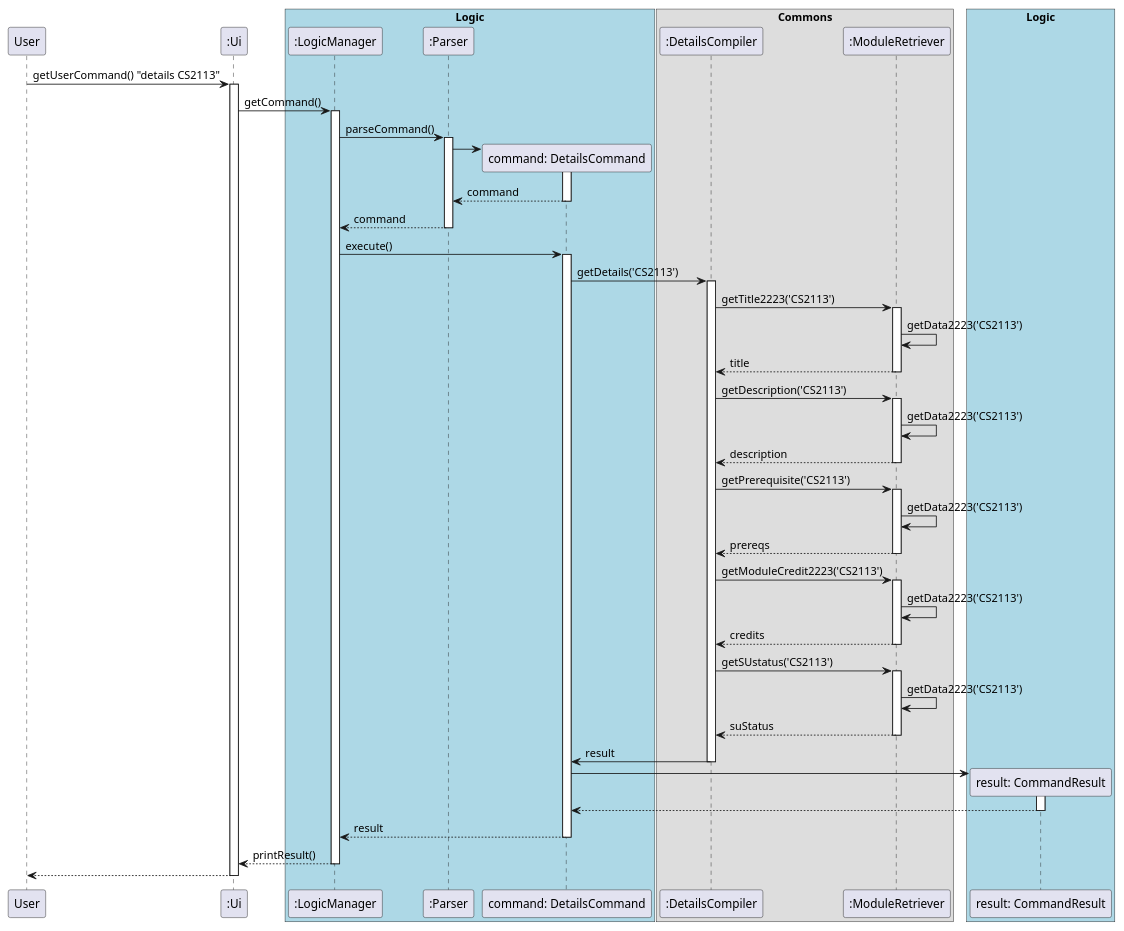
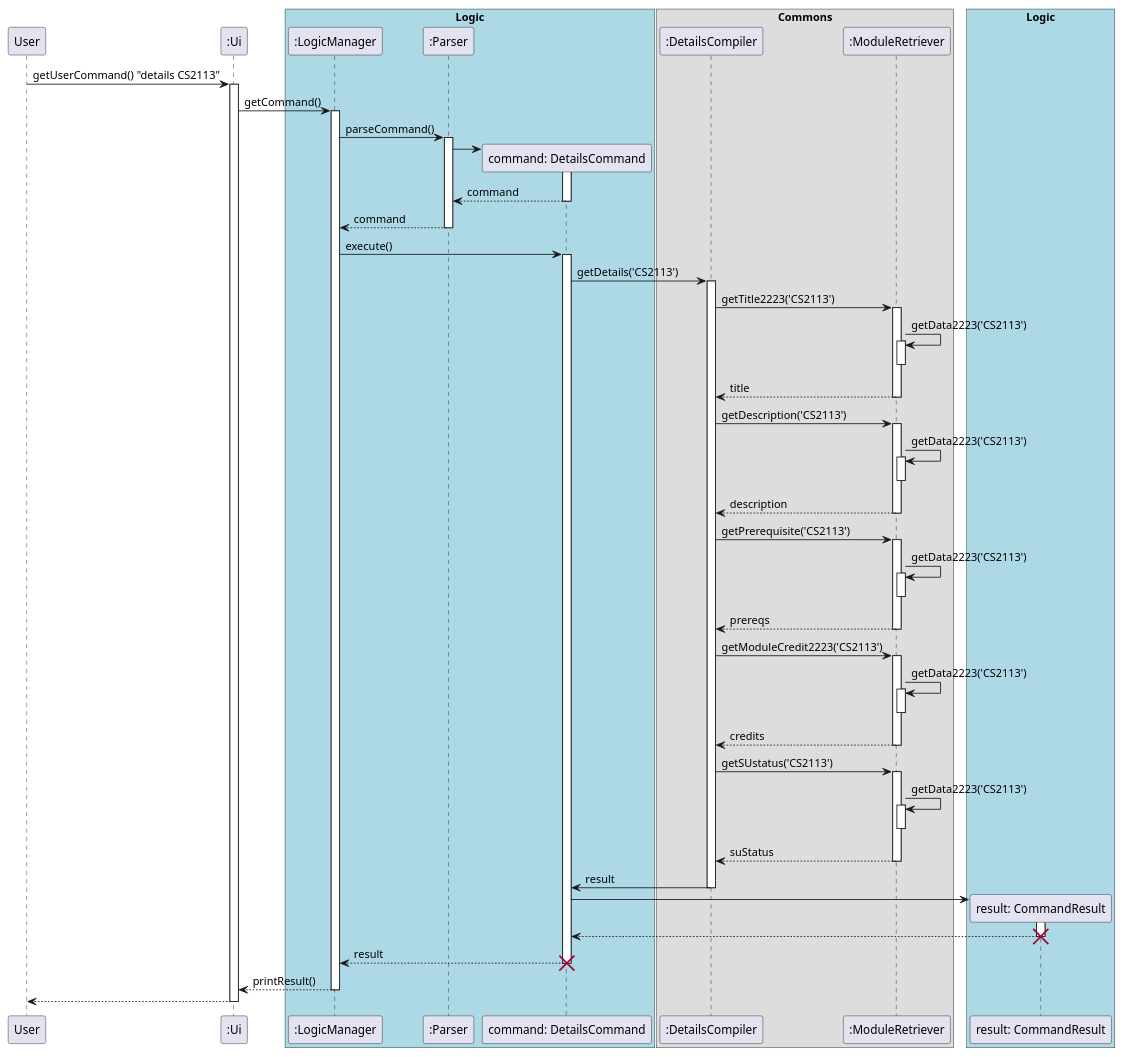
Before and after one commit to sriram-senthilkr/tp: the diagram in docs/uml/sourcecode/DetailsSequence.puml, drawn with PlantUML. The commit also changed 1 other file, not shown here.

```diff
--- a/docs/uml/sourcecode/DetailsSequence.puml
+++ b/docs/uml/sourcecode/DetailsSequence.puml
@@ -1,102 +1,115 @@
 @startuml
 participant User
 participant ":Ui" as Ui
 
 box "Logic" #LightBlue
 participant ":LogicManager" as LogicManager
 participant ":Parser" as Parser
 participant "command: DetailsCommand" as DetailsCommand
 box "Commons"
 participant ":DetailsCompiler" as DetailsCompiler
 participant ":ModuleRetriever" as ModuleRetriever
 end box
 participant "result: CommandResult" as CommandResult
 end box
 
 box "Model" #LightPink
 
 end box
 
 
 User -> Ui: getUserCommand() "details CS2113"
 activate Ui
 
 Ui -> LogicManager: getCommand()
 activate LogicManager
 
 LogicManager -> Parser: parseCommand()
 activate Parser
 
 create DetailsCommand
 Parser -> DetailsCommand
 activate DetailsCommand
 
 DetailsCommand --> Parser: command
 deactivate DetailsCommand
 
 Parser --> LogicManager: command
 deactivate Parser
 
 
 LogicManager -> DetailsCommand: execute()
 activate DetailsCommand
 
 
 
 
 
 
 DetailsCommand -> DetailsCompiler: getDetails('CS2113')
 activate DetailsCompiler
 
 DetailsCompiler -> ModuleRetriever: getTitle2223('CS2113')
 activate ModuleRetriever
 ModuleRetriever -> ModuleRetriever: getData2223('CS2113')
+activate ModuleRetriever
+deactivate ModuleRetriever
 ModuleRetriever --> DetailsCompiler: title
 deactivate ModuleRetriever
 
 DetailsCompiler -> ModuleRetriever: getDescription('CS2113')
 activate ModuleRetriever
 ModuleRetriever -> ModuleRetriever: getData2223('CS2113')
+activate ModuleRetriever
+deactivate ModuleRetriever
 ModuleRetriever --> DetailsCompiler: description
 deactivate ModuleRetriever
 
 
 DetailsCompiler -> ModuleRetriever: getPrerequisite('CS2113')
 activate ModuleRetriever
 ModuleRetriever -> ModuleRetriever: getData2223('CS2113')
+activate ModuleRetriever
+deactivate ModuleRetriever
 ModuleRetriever --> DetailsCompiler: prereqs
 deactivate ModuleRetriever
 
 
 DetailsCompiler -> ModuleRetriever: getModuleCredit2223('CS2113')
 activate ModuleRetriever
 ModuleRetriever -> ModuleRetriever: getData2223('CS2113')
+activate ModuleRetriever
+deactivate ModuleRetriever
 ModuleRetriever --> DetailsCompiler: credits
 deactivate ModuleRetriever
 
 DetailsCompiler -> ModuleRetriever: getSUstatus('CS2113')
 activate ModuleRetriever
 ModuleRetriever -> ModuleRetriever: getData2223('CS2113')
+activate ModuleRetriever
+deactivate ModuleRetriever
 ModuleRetriever --> DetailsCompiler: suStatus
 deactivate ModuleRetriever
 
 DetailsCompiler -> DetailsCommand: result
 deactivate DetailsCompiler
 
 create CommandResult
 DetailsCommand -> CommandResult
 activate CommandResult
 CommandResult --> DetailsCommand
 deactivate CommandResult
+destroy CommandResult
 
 DetailsCommand --> LogicManager: result
 deactivate DetailsCommand
+destroy DetailsCommand
 
 LogicManager --> Ui: printResult()
 deactivate LogicManager
 
 Ui --> User
 deactivate Ui
 
+
 @enduml
```
